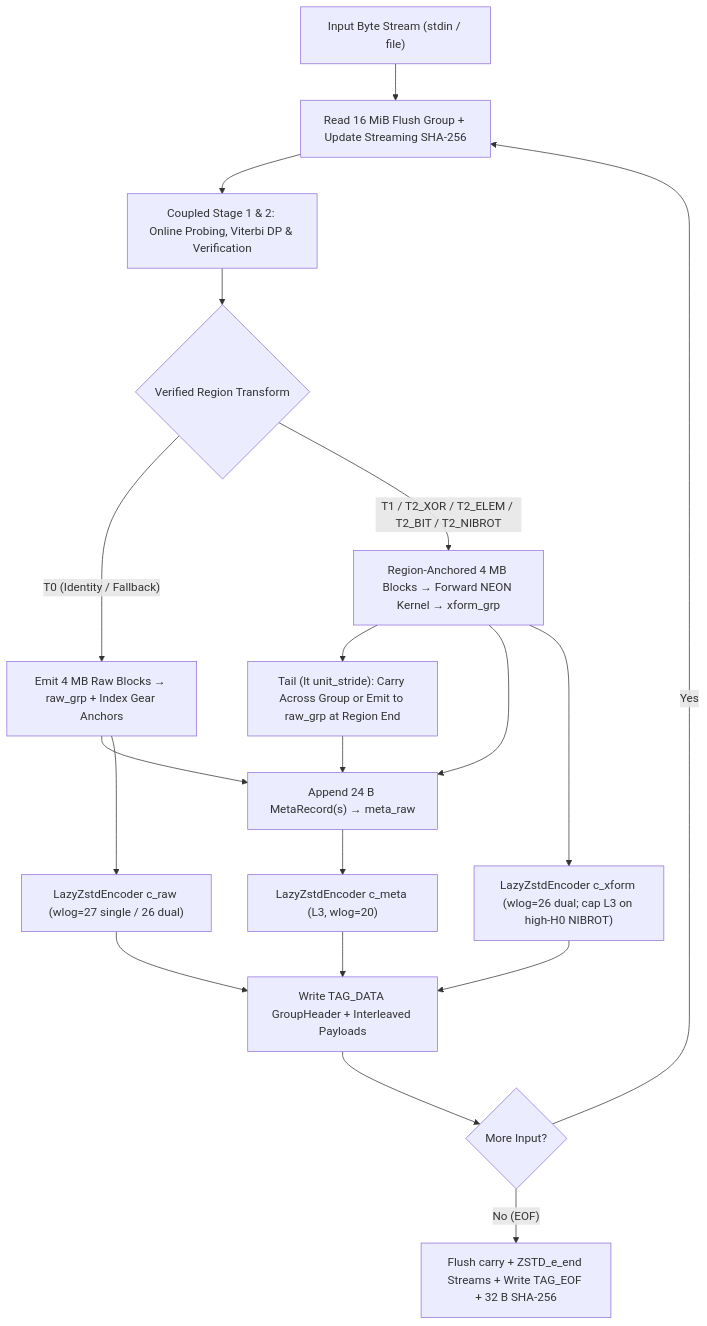
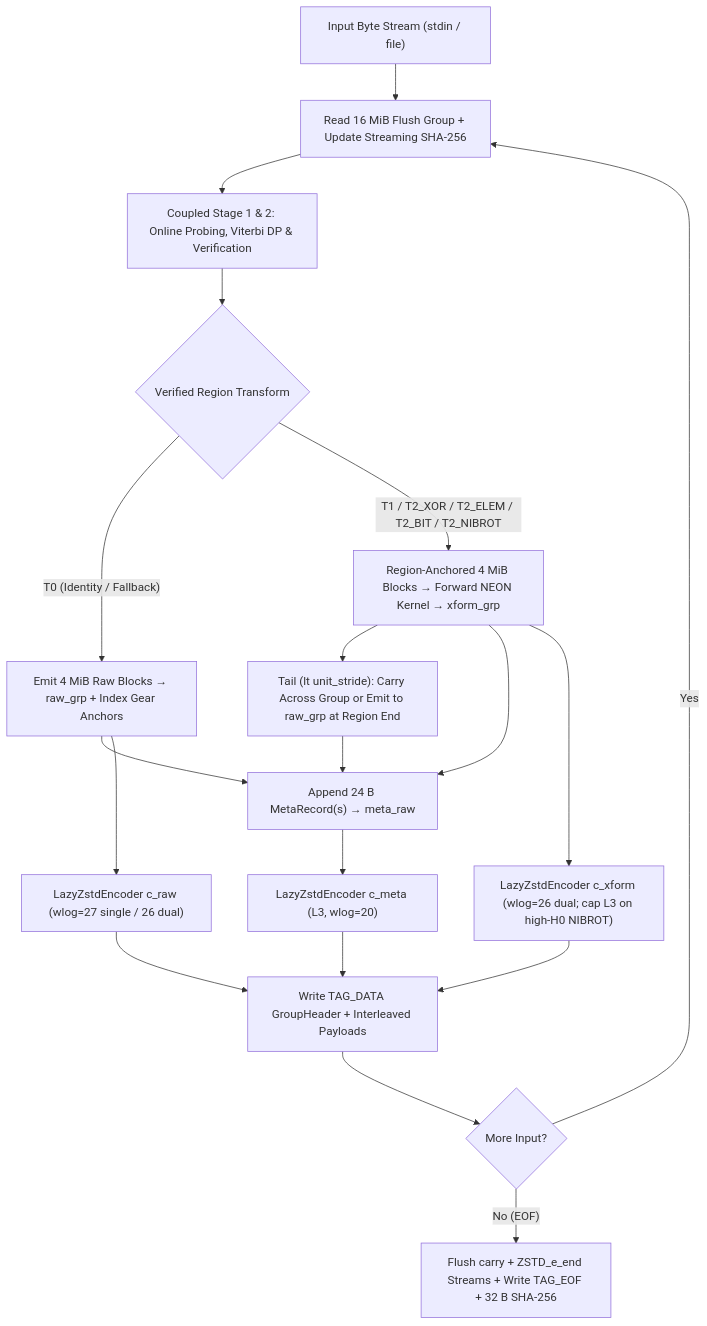
The first of 9 diagrams in ARCHITECTURE.md (austinjohnathand-code/asv4-compression), drawn with Mermaid before and after one commit. The commit also changed other lines of this file and 12 other files, not shown here.

````diff
--- a/ARCHITECTURE.md
+++ b/ARCHITECTURE.md
@@ -11,26 +11,26 @@
 ```mermaid
 flowchart TD
     IN["Input Byte Stream (stdin / file)"] --> FG["Read 16 MiB Flush Group + Update Streaming SHA-256"]
     FG --> S12["Coupled Stage 1 & 2: Online Probing, Viterbi DP & Verification"]
 
     S12 --> REG{"Verified Region Transform"}
-    REG -->|"T0 (Identity / Fallback)"| RAW_EMIT["Emit 4 MB Raw Blocks → raw_grp + Index Gear Anchors"]
-    REG -->|"T1 / T2_XOR / T2_ELEM / T2_BIT / T2_NIBROT"| XF_EMIT["Region-Anchored 4 MB Blocks → Forward NEON Kernel → xform_grp"]
+    REG -->|"T0 (Identity / Fallback)"| RAW_EMIT["Emit 4 MiB Raw Blocks → raw_grp + Index Gear Anchors"]
+    REG -->|"T1 / T2_XOR / T2_ELEM / T2_BIT / T2_NIBROT"| XF_EMIT["Region-Anchored 4 MiB Blocks → Forward NEON Kernel → xform_grp"]
 
     RAW_EMIT --> META_Q["Append 24 B MetaRecord(s) → meta_raw"]
     XF_EMIT --> CARRY["Tail (lt unit_stride): Carry Across Group or Emit to raw_grp at Region End"]
     XF_EMIT --> META_Q
     CARRY --> META_Q
 
     META_Q --> Z_META["LazyZstdEncoder c_meta (L3, wlog=20)"]
     RAW_EMIT --> Z_RAW["LazyZstdEncoder c_raw (wlog=27 single / 26 dual)"]
     XF_EMIT --> Z_XF["LazyZstdEncoder c_xform (wlog=26 dual; cap L3 on high-H0 NIBROT)"]
 
     Z_META --> WRITE["Write TAG_DATA GroupHeader + Interleaved Payloads"]
     Z_RAW --> WRITE
     Z_XF --> WRITE
 
     WRITE --> LOOP{"More Input?"}
     LOOP -->|"Yes"| FG
     LOOP -->|"No (EOF)"| FIN["Flush carry + ZSTD_e_end Streams + Write TAG_EOF + 32 B SHA-256"]
 ```
````
